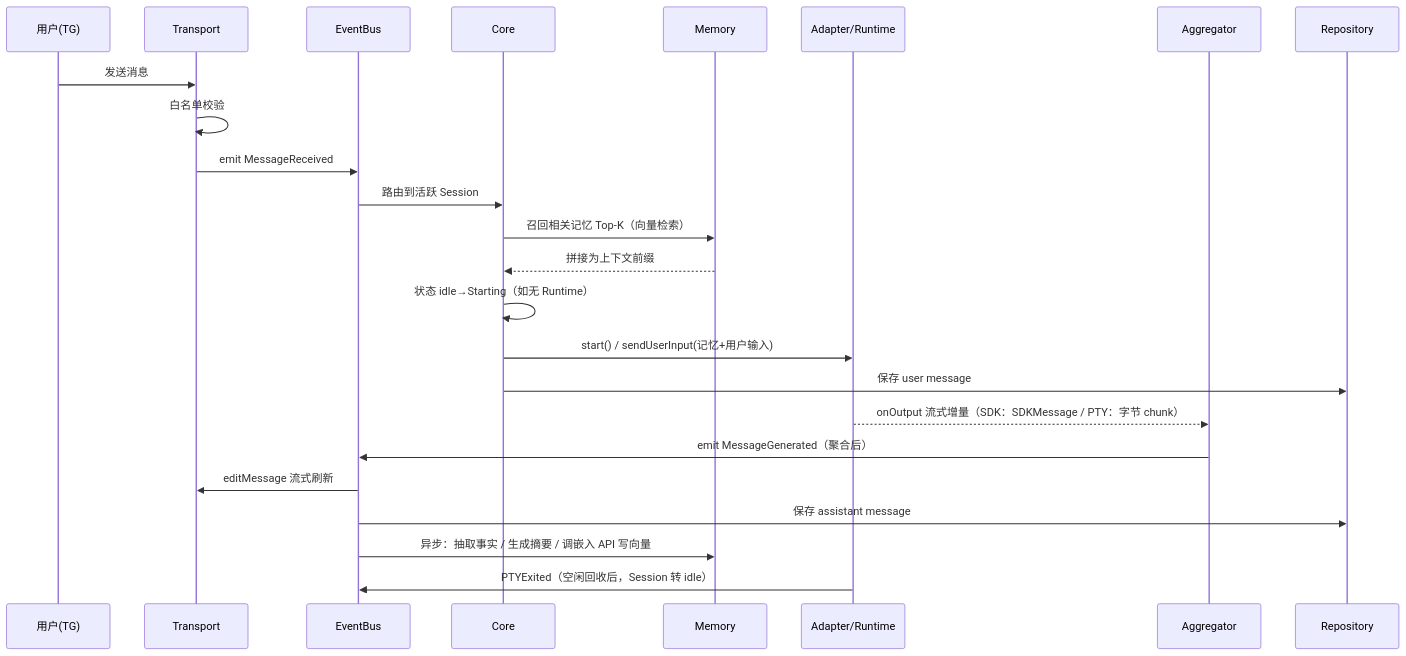
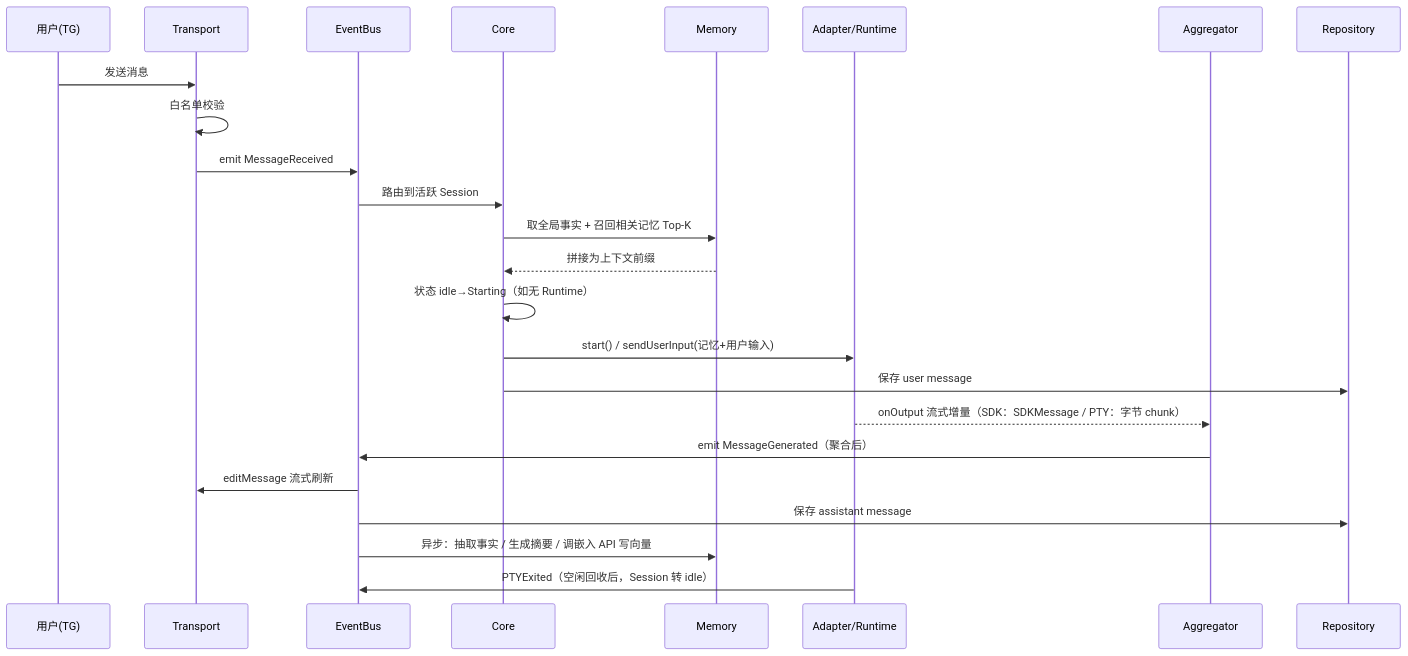
One commit to ygq-future/ai-cli-hub changed the fifth of 15 diagrams in docs/02-Architecture.md. Above: the diagram before and after it, drawn with Mermaid. The commit also changed other lines of this file and 15 other files, not shown here.

````diff
--- a/docs/02-Architecture.md
+++ b/docs/02-Architecture.md
@@ -277,27 +277,27 @@
 ```mermaid
 sequenceDiagram
     participant U as 用户(TG)
     participant T as Transport
     participant B as EventBus
     participant C as Core
     participant M as Memory
     participant A as Adapter/Runtime
     participant G as Aggregator
     participant R as Repository
 
     U->>T: 发送消息
     T->>T: 白名单校验
     T->>B: emit MessageReceived
     B->>C: 路由到活跃 Session
-    C->>M: 召回相关记忆 Top-K（向量检索）
+    C->>M: 取全局事实 + 召回相关记忆 Top-K
     M-->>C: 拼接为上下文前缀
     C->>C: 状态 idle→Starting（如无 Runtime）
     C->>A: start() / sendUserInput(记忆+用户输入)
     C->>R: 保存 user message
     A-->>G: onOutput 流式增量（SDK：SDKMessage / PTY：字节 chunk）
     G->>B: emit MessageGenerated（聚合后）
     B->>T: editMessage 流式刷新
     B->>R: 保存 assistant message
     B->>M: 异步：抽取事实 / 生成摘要 / 调嵌入 API 写向量
     A->>B: PTYExited（空闲回收后，Session 转 idle）
 ```
````
